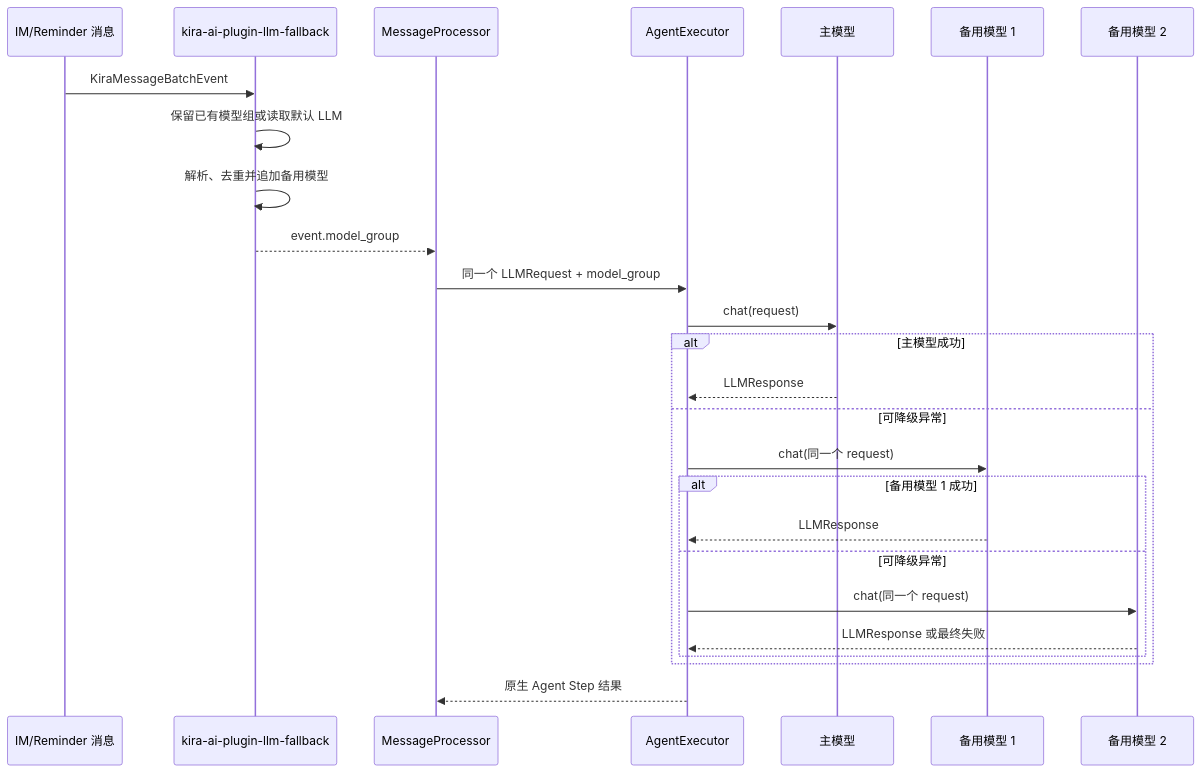
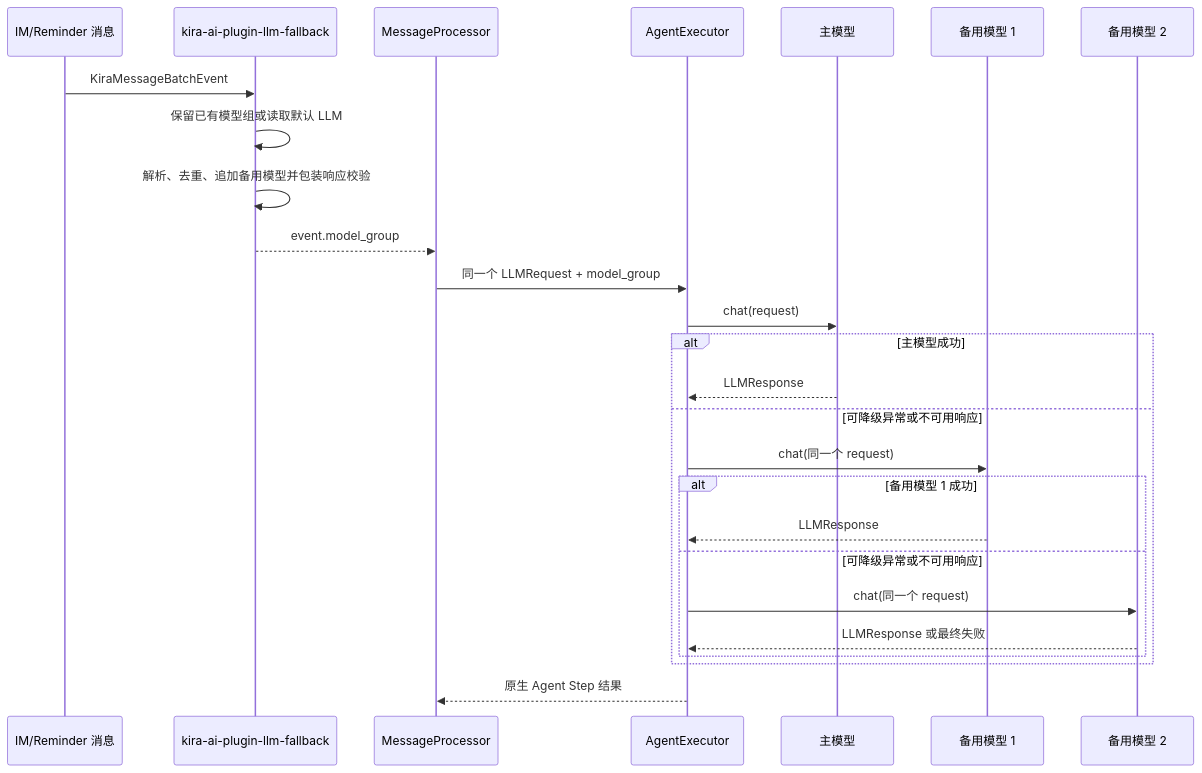
Before and after one commit to xgrbhc/kira-ai-plugin-llm-fallback: the diagram in README.md, drawn with Mermaid. The commit also changed other lines of this file and 3 other files, not shown here.

````diff
--- a/README.md
+++ b/README.md
@@ -28,29 +28,29 @@
 ```mermaid
 sequenceDiagram
     participant IM as IM/Reminder 消息
     participant Hook as kira-ai-plugin-llm-fallback
     participant MM as MessageProcessor
     participant AE as AgentExecutor
     participant P as 主模型
     participant F1 as 备用模型 1
     participant F2 as 备用模型 2
 
     IM->>Hook: KiraMessageBatchEvent
     Hook->>Hook: 保留已有模型组或读取默认 LLM
-    Hook->>Hook: 解析、去重并追加备用模型
+    Hook->>Hook: 解析、去重、追加备用模型并包装响应校验
     Hook-->>MM: event.model_group
     MM->>AE: 同一个 LLMRequest + model_group
     AE->>P: chat(request)
     alt 主模型成功
         P-->>AE: LLMResponse
-    else 可降级异常
+    else 可降级异常或不可用响应
         AE->>F1: chat(同一个 request)
         alt 备用模型 1 成功
             F1-->>AE: LLMResponse
-        else 可降级异常
+        else 可降级异常或不可用响应
             AE->>F2: chat(同一个 request)
             F2-->>AE: LLMResponse 或最终失败
         end
     end
     AE-->>MM: 原生 Agent Step 结果
 ```
````
